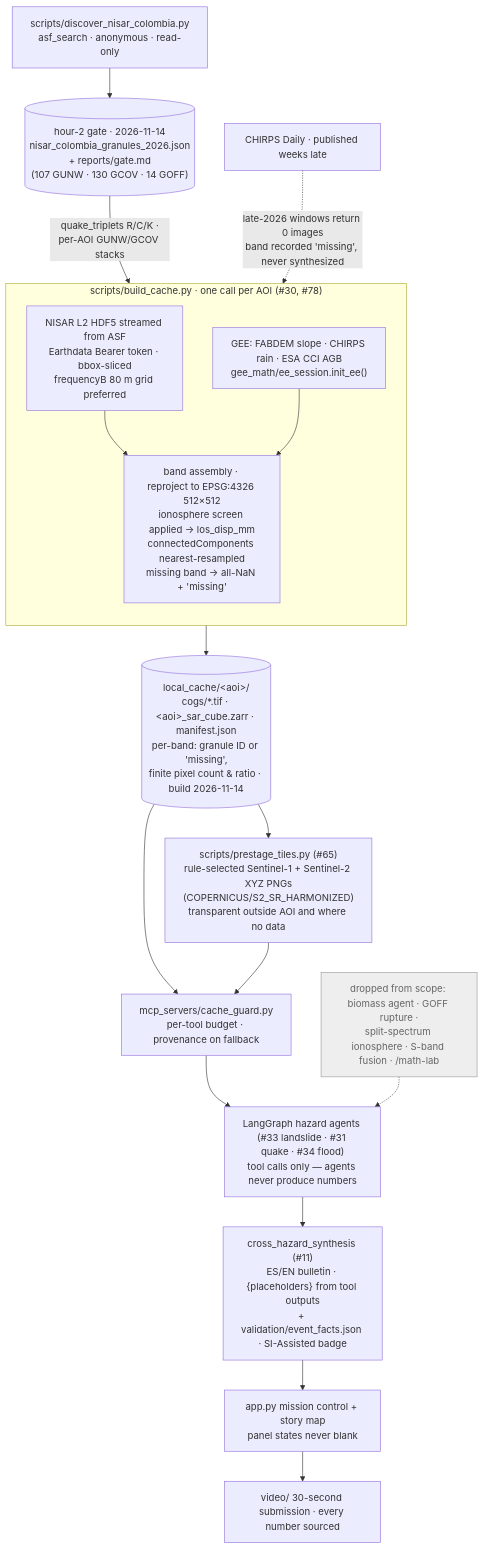
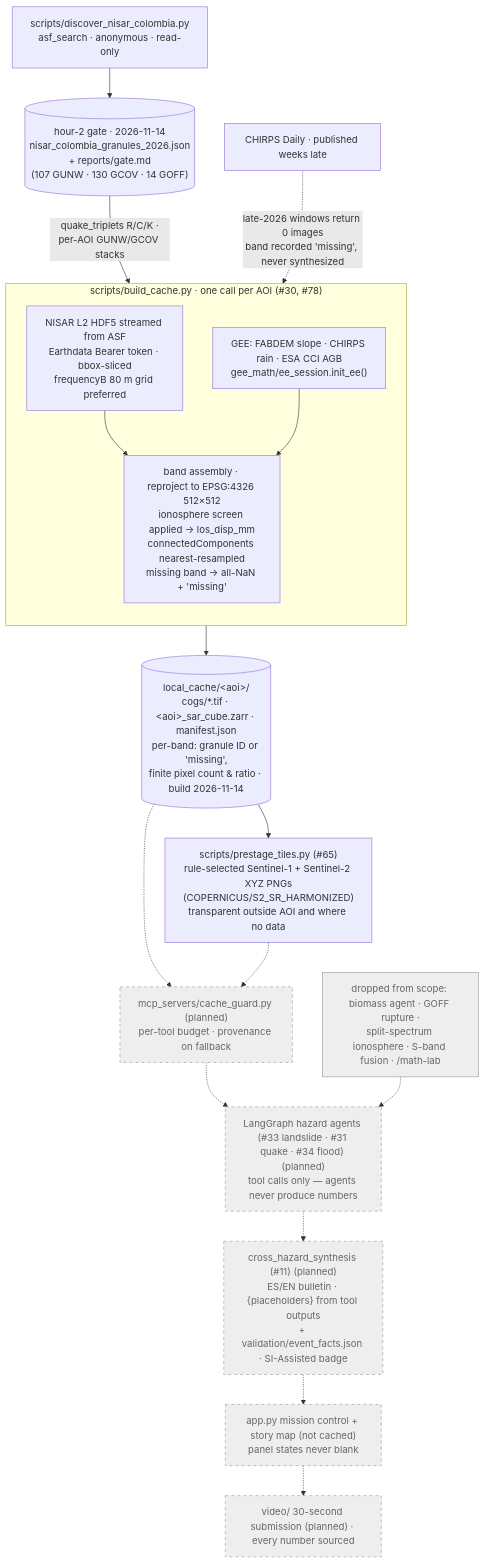
One commit to NASA-Space-Apps-Challenge-two-left-feet/surface_tango changed the second of 3 diagrams in README.md. Above: the diagram before and after it, drawn with Mermaid. The commit also changed other lines of this file, not shown here.

First line of the commit message:
docs(readme): cite USGS/SGC, mark planned diagram nodes, fix order and badges

````diff
--- a/README.md
+++ b/README.md
@@ -152,24 +153,26 @@
 ```mermaid
 flowchart TB
     DISC["scripts/discover_nisar_colombia.py<br/>asf_search · anonymous · read-only"] --> GATE[("hour-2 gate · 2026-11-14<br/>nisar_colombia_granules_2026.json<br/>+ reports/gate.md<br/>(107 GUNW · 130 GCOV · 14 GOFF)")]
     GATE -->|"quake_triplets R/C/K ·<br/>per-AOI GUNW/GCOV stacks"| BUILD
     subgraph BUILD["scripts/build_cache.py · one call per AOI (#30, #78)"]
         direction TB
         NISAR_H5["NISAR L2 HDF5 streamed from ASF<br/>Earthdata Bearer token · bbox-sliced<br/>frequencyB 80 m grid preferred"]
         GEE_L["GEE: FABDEM slope · CHIRPS rain · ESA CCI AGB<br/>gee_math/ee_session.init_ee()"]
         ASM["band assembly · reproject to EPSG:4326 512×512<br/>ionosphere screen applied → los_disp_mm<br/>connectedComponents nearest-resampled<br/>missing band → all-NaN + 'missing'"]
         NISAR_H5 --> ASM
         GEE_L --> ASM
     end
     CHIRPS["CHIRPS Daily · published weeks late"] -.->|"late-2026 windows return 0 images<br/>band recorded 'missing', never synthesized"| BUILD
     BUILD --> CACHE[("local_cache/&lt;aoi&gt;/<br/>cogs/*.tif · &lt;aoi&gt;_sar_cube.zarr · manifest.json<br/>per-band: granule ID or 'missing',<br/>finite pixel count & ratio · build 2026-11-14")]
     CACHE --> TILES["scripts/prestage_tiles.py (#65)<br/>rule-selected Sentinel-1 + Sentinel-2 XYZ PNGs<br/>(COPERNICUS/S2_SR_HARMONIZED)<br/>transparent outside AOI and where no data"]
-    GUARD["mcp_servers/cache_guard.py<br/>per-tool budget · provenance on fallback"] --> AGENTS
-    CACHE --> GUARD
-    TILES --> GUARD
-    AGENTS["LangGraph hazard agents (#33 landslide · #31 quake · #34 flood)<br/>tool calls only — agents never produce numbers"] --> SYNTH["cross_hazard_synthesis (#11)<br/>ES/EN bulletin · {placeholders} from tool outputs<br/>+ validation/event_facts.json · SI-Assisted badge"]
-    SYNTH --> UI["app.py mission control + story map<br/>panel states never blank"]
-    UI --> VIDEO["video/ 30-second submission · every number sourced"]
+    GUARD["mcp_servers/cache_guard.py (planned)<br/>per-tool budget · provenance on fallback"] -.-> AGENTS
+    CACHE -.-> GUARD
+    TILES -.-> GUARD
+    AGENTS["LangGraph hazard agents (#33 landslide · #31 quake · #34 flood) (planned)<br/>tool calls only — agents never produce numbers"] -.-> SYNTH["cross_hazard_synthesis (#11) (planned)<br/>ES/EN bulletin · {placeholders} from tool outputs<br/>+ validation/event_facts.json · SI-Assisted badge"]
+    SYNTH -.-> UI["app.py mission control + story map (not cached)<br/>panel states never blank"]
+    UI -.-> VIDEO["video/ 30-second submission (planned) · every number sourced"]
     OUT["dropped from scope: biomass agent · GOFF rupture ·<br/>split-spectrum ionosphere · S-band fusion · /math-lab"]:::dropped -.-> AGENTS
     classDef dropped fill:#eee,stroke:#999,color:#666
+    class GUARD,AGENTS,SYNTH,UI,VIDEO pending
+    classDef pending fill:#eee,stroke:#999,color:#666,stroke-dasharray:5 5
 ```
````
